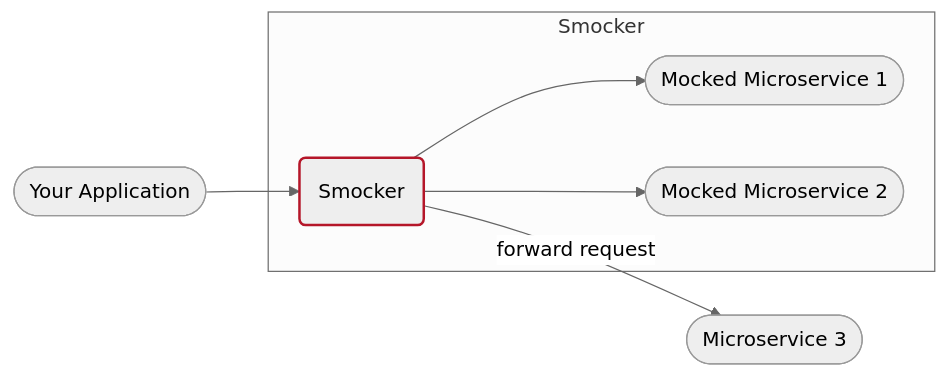
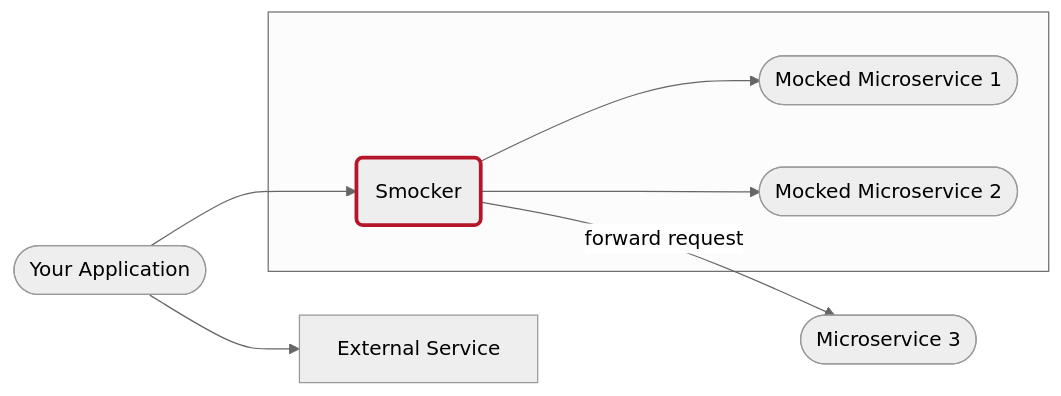
The second of 4 diagrams in docs/guide/README.md (smocker-dev/smocker), drawn with Mermaid (neutral theme) before and after one commit. The commit also changed other lines of this file and 1 other file, not shown here.

Commit message:
feat: add custom mermaid theme + rework diagrams

````diff
--- a/docs/guide/README.md
+++ b/docs/guide/README.md
@@ -33,19 +35,21 @@
 ```mermaid
 graph LR
+  E[External Service]
   App([Your Application])
   M1([Mocked Microservice 1])
   M2([Mocked Microservice 2])
   M3([Microservice 3])
   S(Smocker)
 
+  App --> E
   App --> S
 
-  subgraph Smocker
+  subgraph " "
     S --> M1
     S --> M2
   end
 
   S --forward request--> M3
 
-  style S stroke:#b51629,stroke-width:2px
+  style S stroke:#b51629,stroke-width:3px
 ```
````
